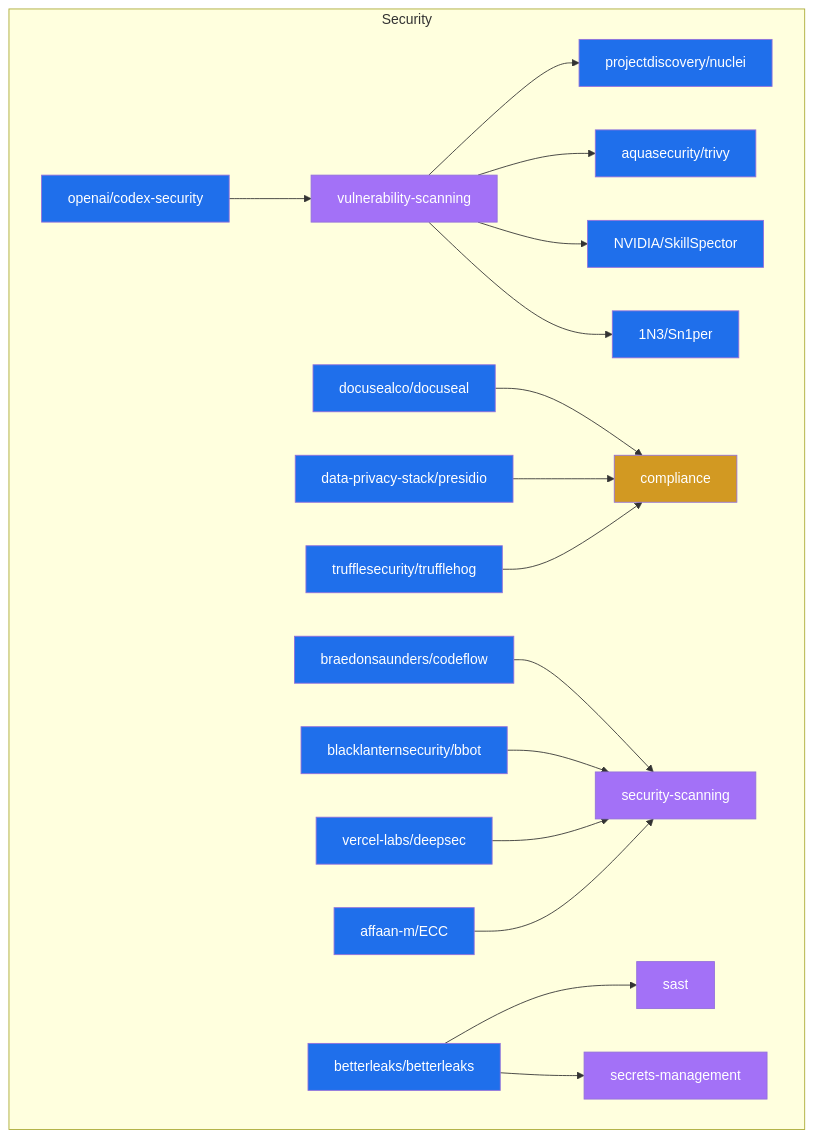
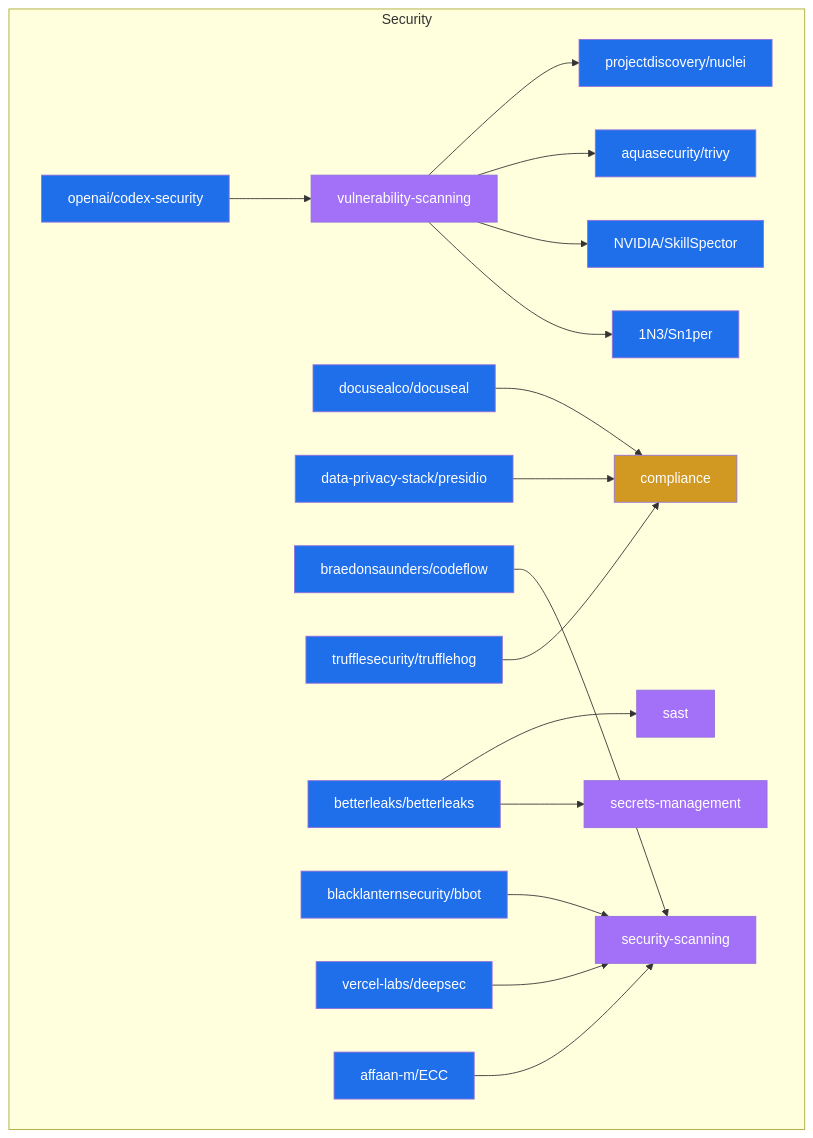
The diagram in data/star_graph_security.mermaid (Meru143/star-graph), drawn with Mermaid before and after one commit. The commit also changed other lines of this file and 15 other files, not shown here.

Commit message:
chore: weekly star graph update 2026-09-21

```diff
--- a/data/star_graph_security.mermaid
+++ b/data/star_graph_security.mermaid
@@ -1,40 +1,40 @@
 graph TD
   subgraph security ["Security"]
-    betterleaks_betterleaks["betterleaks/betterleaks"]:::repo
-    vulnerability_scanning["vulnerability-scanning"]:::topic
-    docusealco_docuseal["docusealco/docuseal"]:::repo
     secrets_management["secrets-management"]:::topic
-    security_scanning["security-scanning"]:::topic
     compliance["compliance"]:::use_case
-    sast["sast"]:::topic
-    data_privacy_stack_presidio["data-privacy-stack/presidio"]:::repo
-    trufflesecurity_trufflehog["trufflesecurity/trufflehog"]:::repo
-    1N3_Sn1per["1N3/Sn1per"]:::repo
     openai_codex_security["openai/codex-security"]:::repo
     blacklanternsecurity_bbot["blacklanternsecurity/bbot"]:::repo
+    braedonsaunders_codeflow["braedonsaunders/codeflow"]:::repo
+    security_scanning["security-scanning"]:::topic
+    aquasecurity_trivy["aquasecurity/trivy"]:::repo
+    betterleaks_betterleaks["betterleaks/betterleaks"]:::repo
+    sast["sast"]:::topic
+    NVIDIA_SkillSpector["NVIDIA/SkillSpector"]:::repo
+    vulnerability_scanning["vulnerability-scanning"]:::topic
+    1N3_Sn1per["1N3/Sn1per"]:::repo
     affaan_m_ECC["affaan-m/ECC"]:::repo
-    aquasecurity_trivy["aquasecurity/trivy"]:::repo
-    braedonsaunders_codeflow["braedonsaunders/codeflow"]:::repo
+    data_privacy_stack_presidio["data-privacy-stack/presidio"]:::repo
+    docusealco_docuseal["docusealco/docuseal"]:::repo
     vercel_labs_deepsec["vercel-labs/deepsec"]:::repo
-    NVIDIA_SkillSpector["NVIDIA/SkillSpector"]:::repo
+    trufflesecurity_trufflehog["trufflesecurity/trufflehog"]:::repo
     projectdiscovery_nuclei["projectdiscovery/nuclei"]:::repo
   end
   openai_codex_security --> vulnerability_scanning
   vulnerability_scanning --> projectdiscovery_nuclei
   vulnerability_scanning --> aquasecurity_trivy
   vulnerability_scanning --> NVIDIA_SkillSpector
   vulnerability_scanning --> 1N3_Sn1per
   docusealco_docuseal --> compliance
   data_privacy_stack_presidio --> compliance
   braedonsaunders_codeflow --> security_scanning
   trufflesecurity_trufflehog --> compliance
   betterleaks_betterleaks --> sast
   betterleaks_betterleaks --> secrets_management
   blacklanternsecurity_bbot --> security_scanning
   vercel_labs_deepsec --> security_scanning
   affaan_m_ECC --> security_scanning
   classDef repo fill:#1f6feb,color:#fff;
   classDef topic fill:#a371f7,color:#fff;
   classDef technology fill:#3fb950,color:#fff;
   classDef use_case fill:#d29922,color:#fff;
   classDef architecture fill:#f85149,color:#fff;
```
